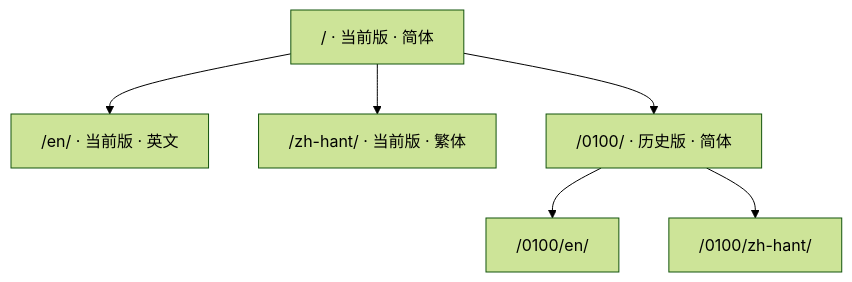
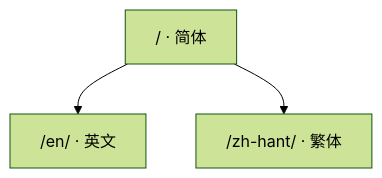
The diagram in content/about/index.zh-hans.md (rwr-infra/rwr-mapbook), drawn with Mermaid (forest theme) before and after one commit. The commit also changed other lines of this file and 461 other files, not shown here.

````diff
--- a/content/about/index.zh-hans.md
+++ b/content/about/index.zh-hans.md
@@ -33,8 +33,5 @@
 ```mermaid
 graph TD
-  A["/ · 当前版 · 简体"] --> B["/en/ · 当前版 · 英文"]
-  A --> C["/zh-hant/ · 当前版 · 繁体"]
-  A --> D["/0100/ · 历史版 · 简体"]
-  D --> E["/0100/en/"]
-  D --> F["/0100/zh-hant/"]
+  A["/ · 简体"] --> B["/en/ · 英文"]
+  A --> C["/zh-hant/ · 繁体"]
 ```
````
